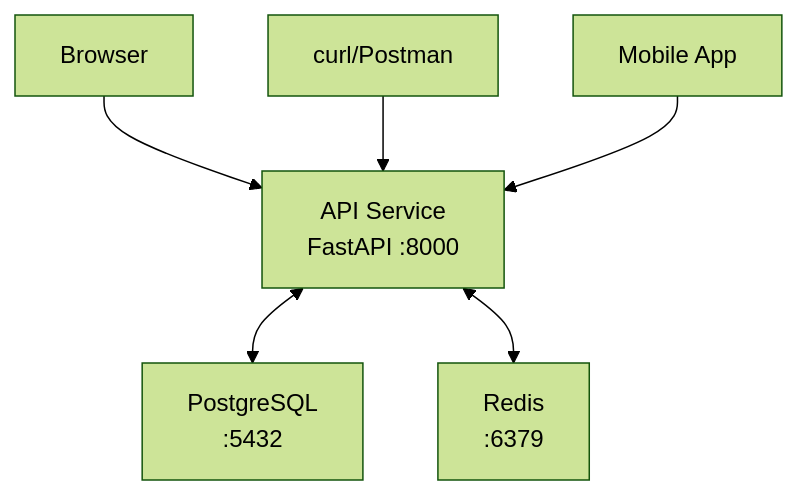
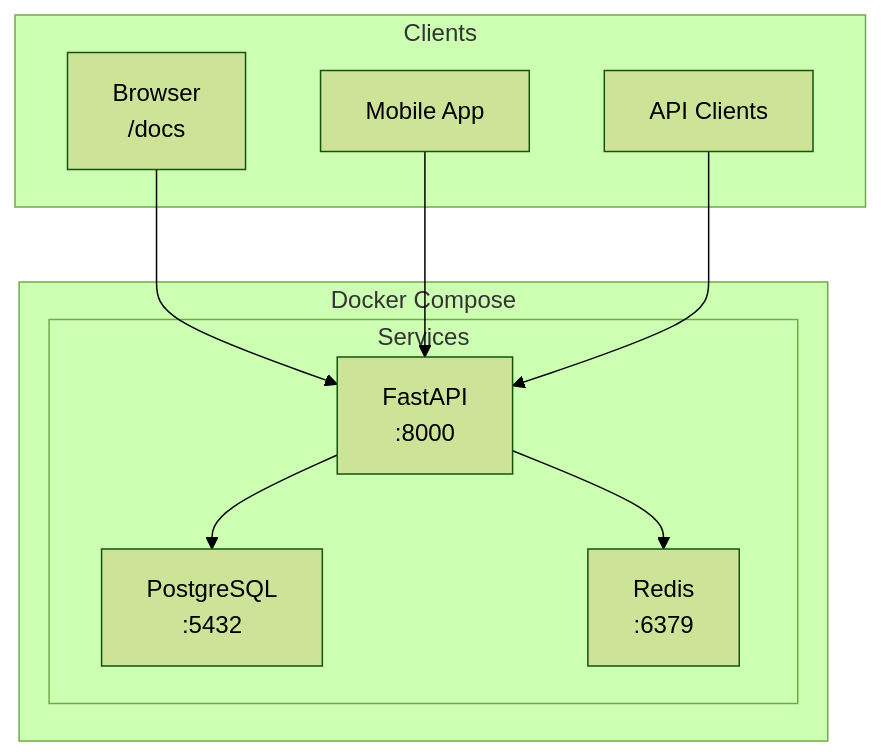
Before and after one commit to anqorithm/user-crud-api: the fifth of 5 diagrams in README.md, drawn with Mermaid (forest theme). The commit also changed other lines of this file, not shown here.

Commit message:
docs: improve README diagrams and remove emojis

````diff
--- a/README.md
+++ b/README.md
@@ -153,15 +180,23 @@
 ```mermaid
-flowchart TB
-    A["API Service<br/>FastAPI :8000"]
-    B["PostgreSQL<br/>:5432"]
-    C["Redis<br/>:6379"]
-    D[Browser]
-    E[curl/Postman]
-    F[Mobile App]
+graph TB
+    subgraph Compose["Docker Compose"]
+        subgraph Services["Services"]
+            API["FastAPI<br/>:8000"]
+            PG["PostgreSQL<br/>:5432"]
+            RD["Redis<br/>:6379"]
+        end
+        
+        API --> PG
+        API --> RD
+    end
 
-    D --> A
-    E --> A
-    F --> A
-    A <--> B
-    A <--> C
+    subgraph Clients["Clients"]
+        Browser["Browser<br/>/docs"]
+        Mobile["Mobile App"]
+        Client["API Clients"]
+    end
+
+    Browser --> API
+    Mobile --> API
+    Client --> API
 ```
````
